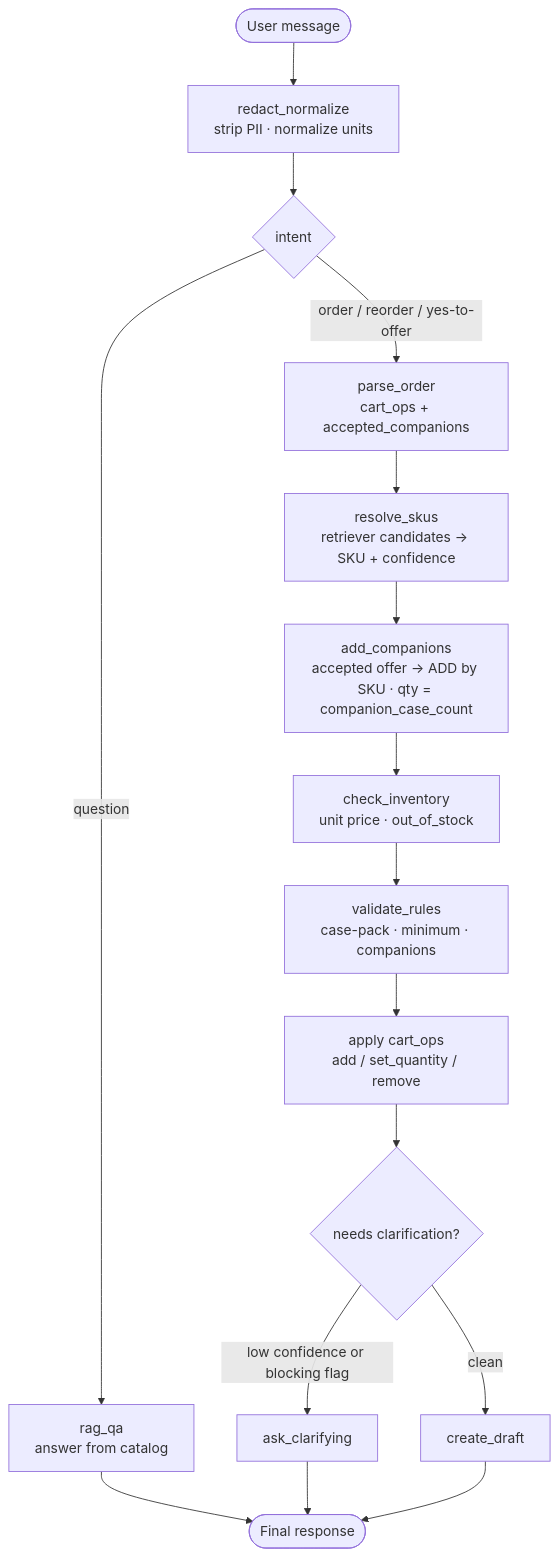
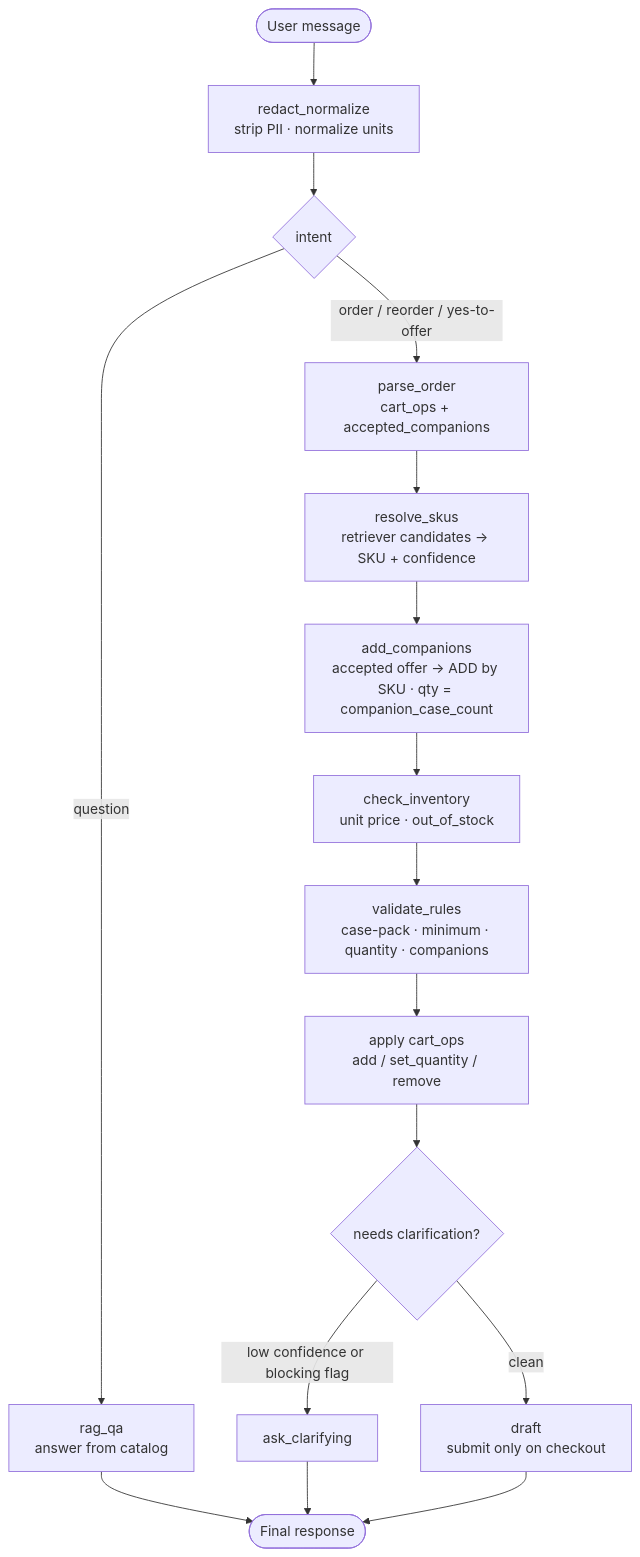
One commit to caige13/wholesale-agent changed the diagram in README.md. Above: the diagram before and after it, drawn with Mermaid. The commit also changed other lines of this file and 16 other files, not shown here.

First line of the commit message:
feat: draft vs. place order flow and missing-quantity clarification

````diff
--- a/README.md
+++ b/README.md
@@ -61,18 +61,18 @@
 ```mermaid
 graph TD
     START([User message]) --> redact[redact_normalize<br/>strip PII · normalize units]
     redact --> intent{intent}
     intent -->|question| ragqa[rag_qa<br/>answer from catalog]
     intent -->|order / reorder / yes-to-offer| parse[parse_order<br/>cart_ops + accepted_companions]
     parse --> resolve[resolve_skus<br/>retriever candidates -> SKU + confidence]
     resolve --> companions[add_companions<br/>accepted offer -> ADD by SKU · qty = companion_case_count]
     companions --> inv[check_inventory<br/>unit price · out_of_stock]
-    inv --> validate[validate_rules<br/>case-pack · minimum · companions]
+    inv --> validate[validate_rules<br/>case-pack · minimum · quantity · companions]
     validate --> apply[apply cart_ops<br/>add / set_quantity / remove]
     apply --> gate{needs clarification?}
     gate -->|low confidence or blocking flag| clarify[ask_clarifying]
-    gate -->|clean| draft[create_draft]
+    gate -->|clean| draft[draft<br/>submit only on checkout]
     ragqa --> done([Final response])
     clarify --> done
     draft --> done
 ```
````
